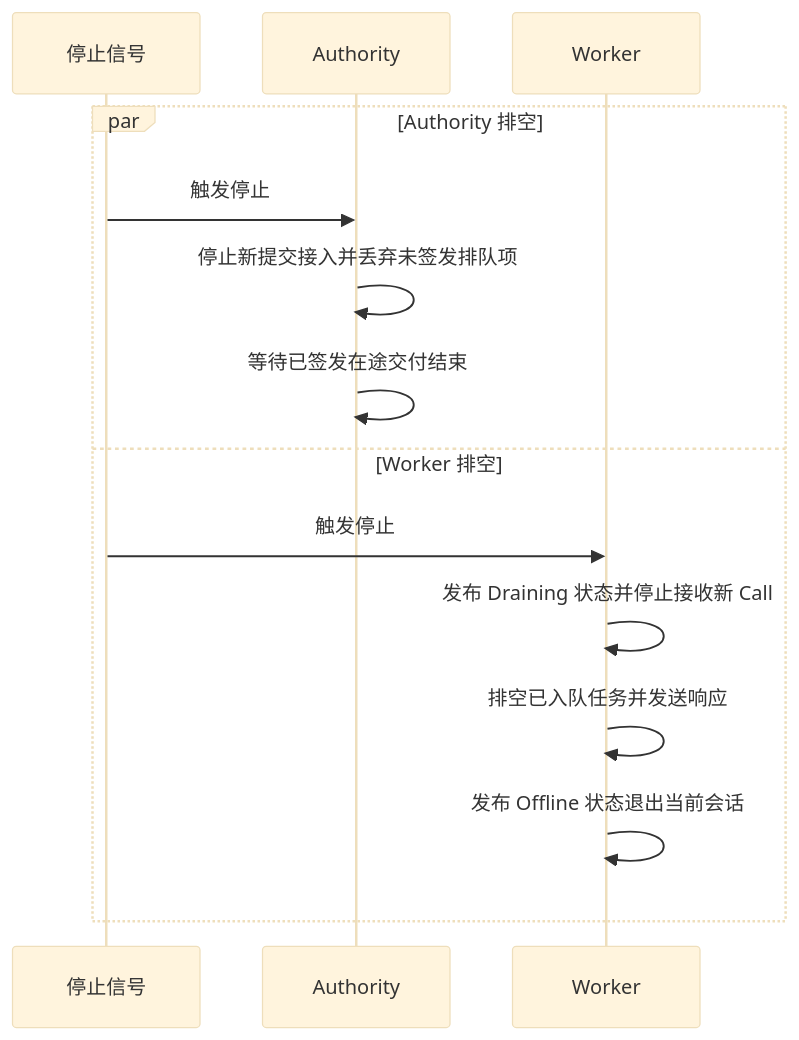
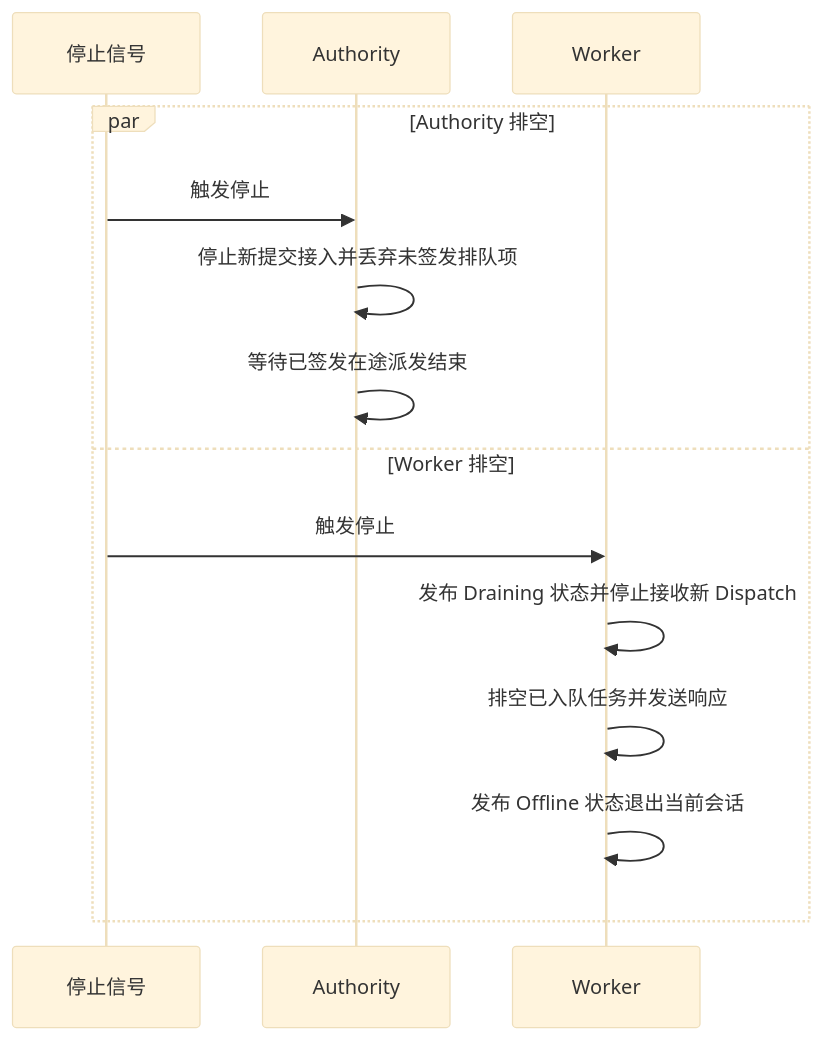
One commit to Everfold/Beamlet changed the diagram in spec/04-session.md. Above: the diagram before and after it, drawn with Mermaid (base theme). The commit also changed other lines of this file and 19 other files, not shown here.

````diff
--- a/spec/04-session.md
+++ b/spec/04-session.md
@@ -22,17 +22,17 @@
 ```mermaid
 sequenceDiagram
     participant S as 停止信号
     participant A as Authority
     participant W as Worker
 
     par Authority 排空
         S->>A: 触发停止
         A->>A: 停止新提交接入并丢弃未签发排队项
-        A->>A: 等待已签发在途交付结束
+        A->>A: 等待已签发在途派发结束
     and Worker 排空
         S->>W: 触发停止
-        W->>W: 发布 Draining 状态并停止接收新 Call
+        W->>W: 发布 Draining 状态并停止接收新 Dispatch
         W->>W: 排空已入队任务并发送响应
         W->>W: 发布 Offline 状态退出当前会话
     end
 ```
````
